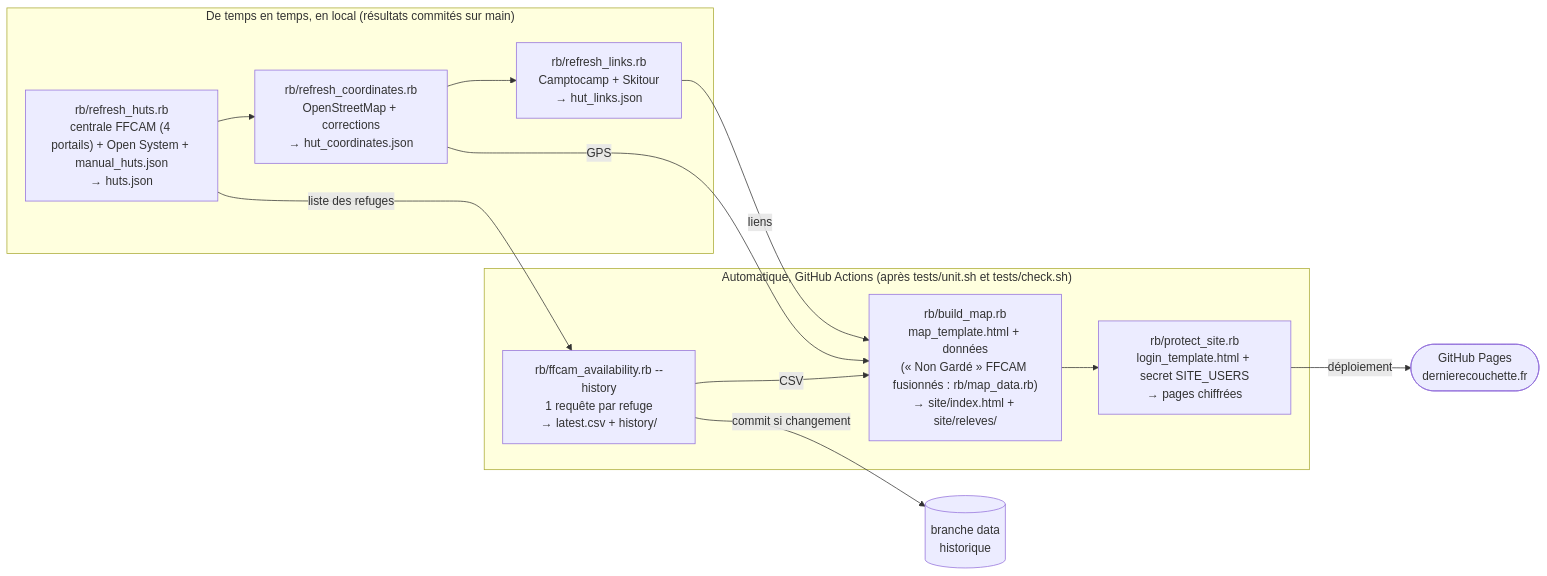
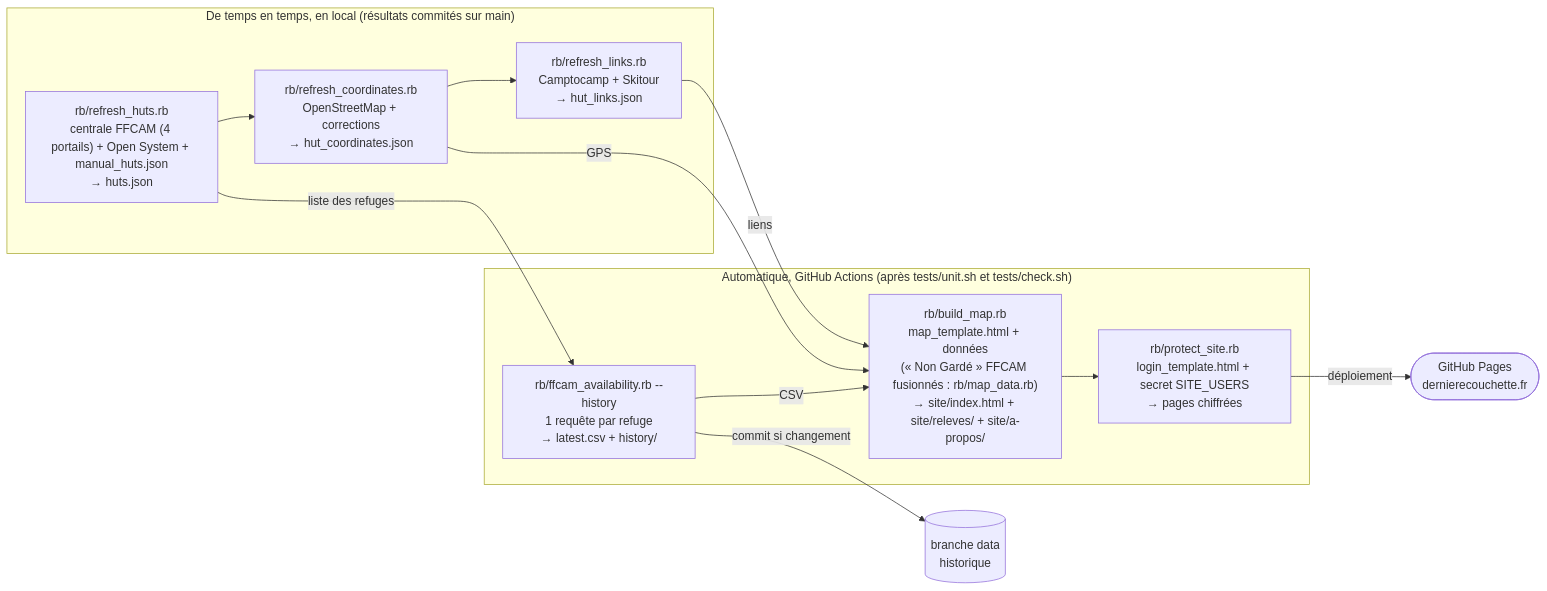
The diagram in HANDOVER.md (jor-di/ffcam-huts), drawn with Mermaid before and after one commit. The commit also changed other lines of this file and 12 other files, not shown here.

````diff
--- a/HANDOVER.md
+++ b/HANDOVER.md
@@ -31,20 +31,20 @@
 ```mermaid
 flowchart LR
   subgraph local["De temps en temps, en local (résultats commités sur main)"]
     huts["rb/refresh_huts.rb<br/>centrale FFCAM (4 portails) + Open System + manual_huts.json<br/>→ huts.json"]
     coords["rb/refresh_coordinates.rb<br/>OpenStreetMap + corrections<br/>→ hut_coordinates.json"]
     links["rb/refresh_links.rb<br/>Camptocamp + Skitour<br/>→ hut_links.json"]
     huts --> coords --> links
   end
   subgraph auto["Automatique, GitHub Actions (après tests/unit.sh et tests/check.sh)"]
     avail["rb/ffcam_availability.rb --history<br/>1 requête par refuge<br/>→ latest.csv + history/"]
-    build["rb/build_map.rb<br/>map_template.html + données<br/>(« Non Gardé » FFCAM fusionnés : rb/map_data.rb)<br/>→ site/index.html + site/releves/"]
+    build["rb/build_map.rb<br/>map_template.html + données<br/>(« Non Gardé » FFCAM fusionnés : rb/map_data.rb)<br/>→ site/index.html + site/releves/ + site/a-propos/"]
     protect["rb/protect_site.rb<br/>login_template.html + secret SITE_USERS<br/>→ pages chiffrées"]
     avail -- CSV --> build --> protect
   end
   huts -- liste des refuges --> avail
   coords -- GPS --> build
   links -- liens --> build
   avail -- commit si changement --> data[("branche data<br/>historique")]
   protect -- déploiement --> pages(["GitHub Pages<br/>dernierecouchette.fr"])
 ```
````
